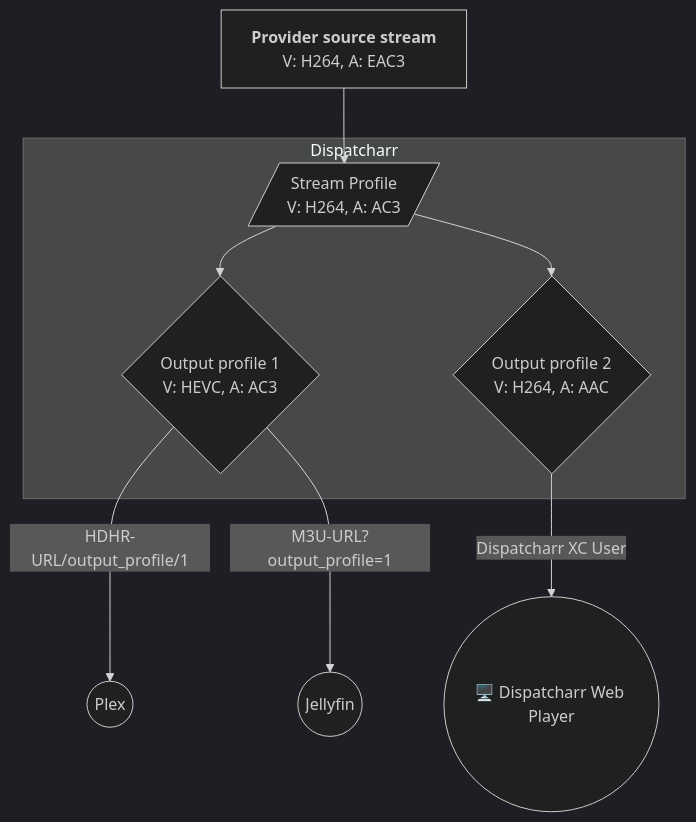
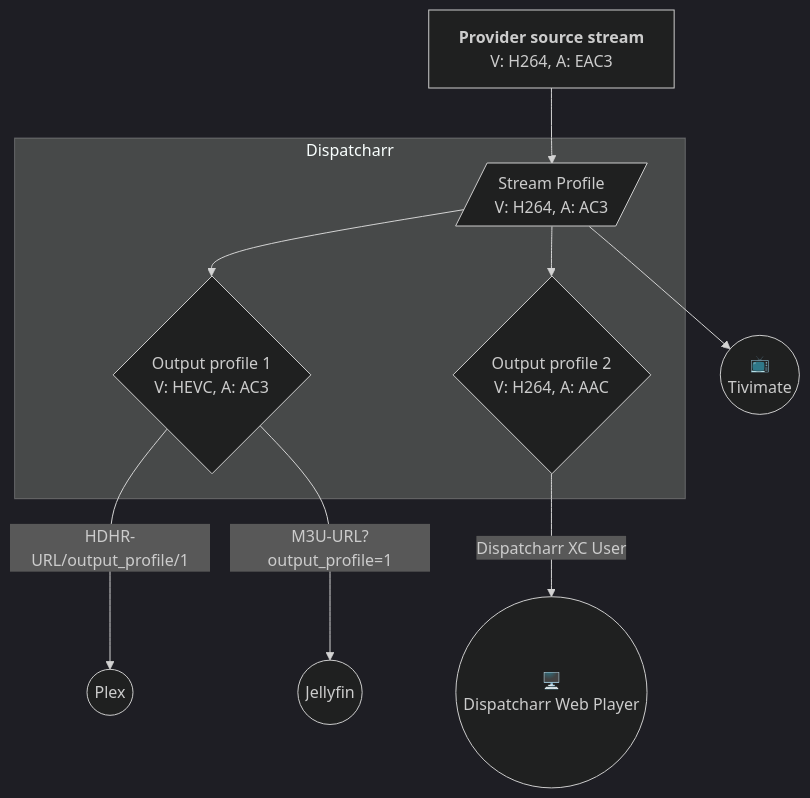
One commit to Dispatcharr/Dispatcharr-Docs changed the second of 2 diagrams in docs/en/system.md. Above: the diagram before and after it, drawn with Mermaid (dark theme). The commit also changed other lines of this file, not shown here.

Commit message:
stream and output profile mermaid format fixes

````diff
--- a/docs/en/system.md
+++ b/docs/en/system.md
@@ -190,13 +188,13 @@
 ```mermaid
 flowchart TB
  subgraph D["Dispatcharr"]
         SP[/"Stream Profile <br> V: H264, A: AC3"/]
         OU{"Output profile 1 <br> V: HEVC, A: AC3"}
         OU2{"Output profile 2 <br> V: H264, A: AAC"}
   end
-    SP --> OU & OU2
+    SP --> OU & OU2 & CTI(("📺<br/>Tivimate"))
     OU -- "HDHR-URL/output_profile/1" --> CPL(("Plex"))
     OU -- "M3U-URL?output_profile=1" --> CJE(("Jellyfin"))
-    OU2 -- Dispatcharr XC User --> CDW(("🖥️ Dispatcharr Web Player"))
+    OU2 -- Dispatcharr XC User --> CDW(("🖥️<br/>Dispatcharr Web Player"))
     PR["`**Provider source stream** <br> V: H264, A: EAC3`"] --> SP
 ```
````
